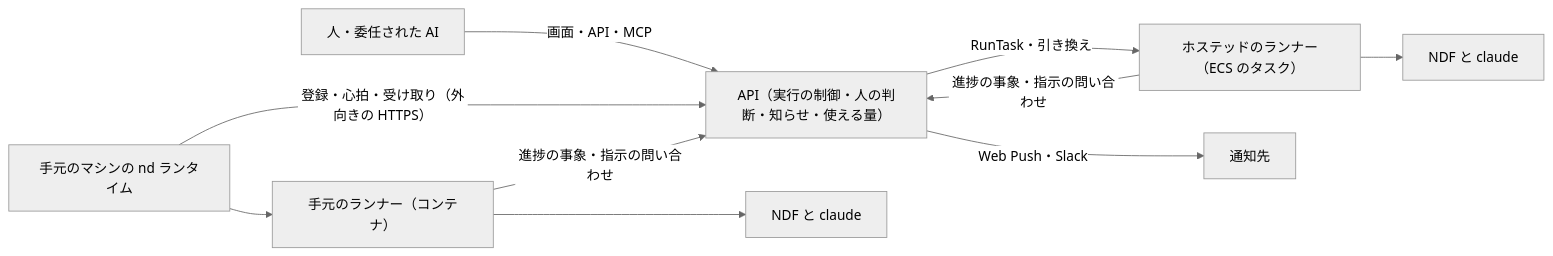
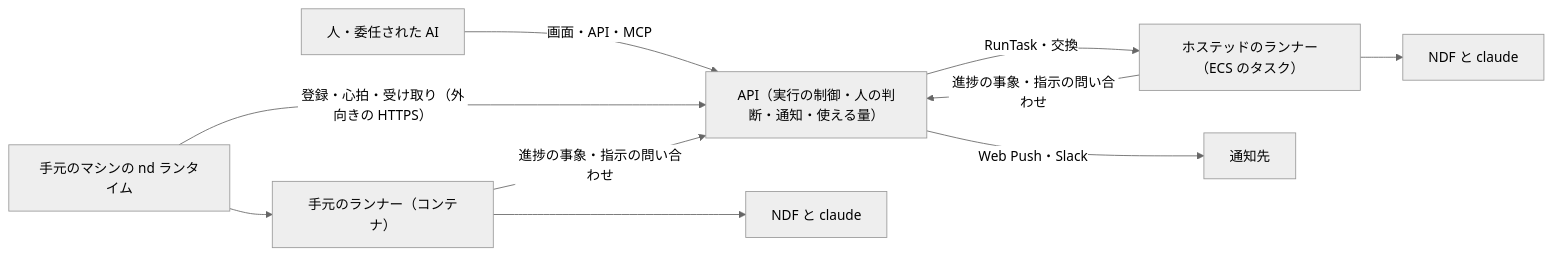
One commit to devbasex/nd-factory changed the first of 10 diagrams in docs/design/execution.md. Above: the diagram before and after it, drawn with Mermaid (neutral theme). The commit also changed other lines of this file and 22 other files, not shown here.

````diff
--- a/docs/design/execution.md
+++ b/docs/design/execution.md
@@ -29,12 +29,12 @@
 ```mermaid
 graph LR
-  人["人・委任された AI"] -->|画面・API・MCP| API["API（実行の制御・人の判断・知らせ・使える量）"]
-  API -->|RunTask・引き換え| R1["ホステッドのランナー（ECS のタスク）"]
+  人["人・委任された AI"] -->|画面・API・MCP| API["API（実行の制御・人の判断・通知・使える量）"]
+  API -->|RunTask・交換| R1["ホステッドのランナー（ECS のタスク）"]
   M["手元のマシンの nd ランタイム"] -->|登録・心拍・受け取り（外向きの HTTPS）| API
   M --> R2["手元のランナー（コンテナ）"]
   R1 -->|進捗の事象・指示の問い合わせ| API
   R2 -->|進捗の事象・指示の問い合わせ| API
   R1 --> N1["NDF と claude"]
   R2 --> N2["NDF と claude"]
   API -->|Web Push・Slack| 通知先["通知先"]
 ```
````
